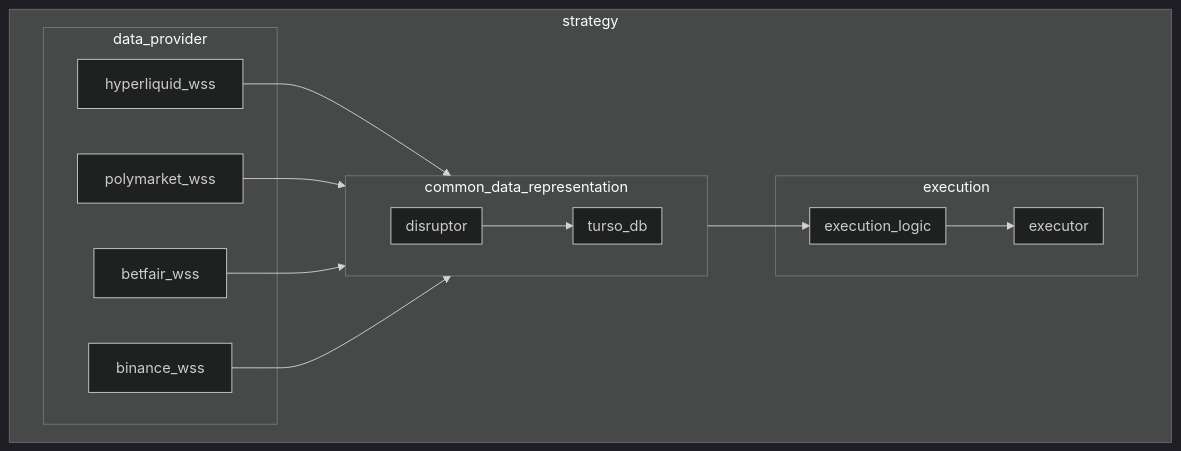
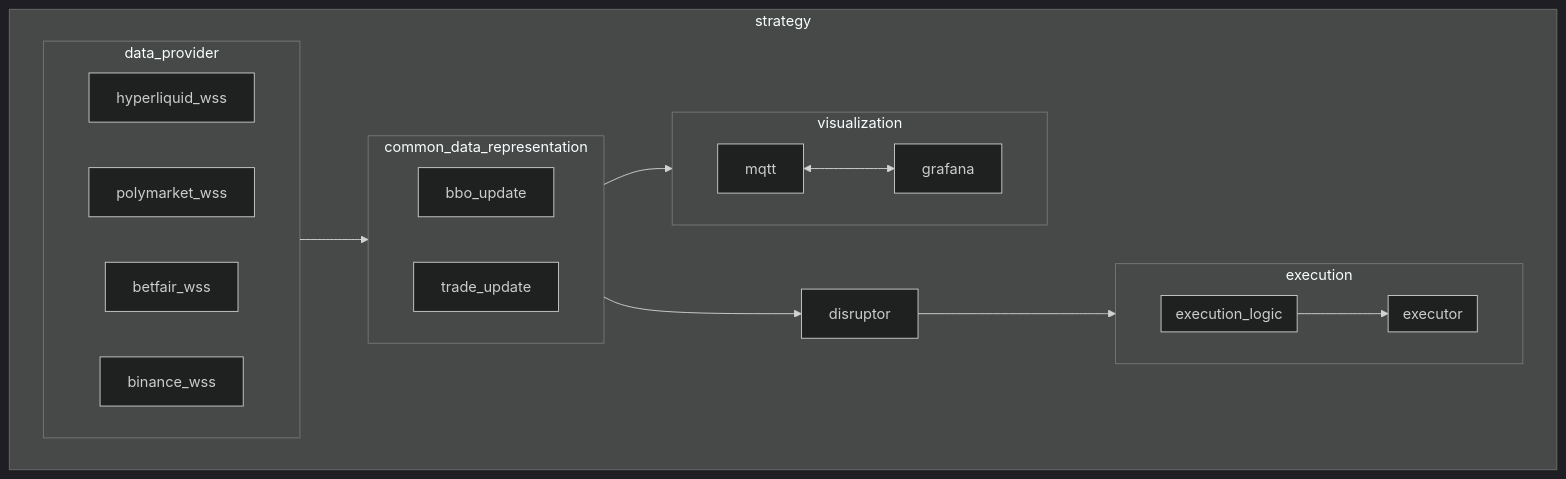
Before and after one commit to sbOogway/smm: the first of 2 diagrams in README.md, drawn with Mermaid (dark theme).

Commit message:
docs: update architecture diagram in readme
Add visualization layer (mqtt/grafana) to the system diagram and
clarify data flow arrows between modules.

````diff
--- a/README.md
+++ b/README.md
@@ -7,43 +7,50 @@
 ```mermaid
 flowchart TD
     subgraph strategy
-        subgraph execution 
-            
+        disruptor
+        subgraph execution [execution]
+            direction LR
             subgraph executor [executor]
             end
             subgraph execution_logic [execution_logic]
             end
             
         end
         subgraph common_data_representation
             direction LR
             
-            subgraph turso_db [turso_db]
-            end
-            subgraph disruptor [disruptor]
-            end
+            bbo_update
+            trade_update
+            
+            
 
         end
 
         subgraph data_provider
+            direction LR
             hyperliquid_wss
             polymarket_wss
             betfair_wss
             binance_wss
         end
 
+        subgraph visualization
+            direction LR
+            mqtt
+            grafana
+        end
+
         
     end
 
-    hyperliquid_wss --> disruptor
-    polymarket_wss --> disruptor
-    betfair_wss --> disruptor
-    binance_wss --> disruptor
+    data_provider --> common_data_representation
 
-    disruptor --> turso_db
+    common_data_representation --> visualization
 
-    turso_db --> execution_logic
+    common_data_representation --> disruptor
+    disruptor --> execution
+
+    mqtt <--> grafana
 
     execution_logic --> executor
-
 ```
````
